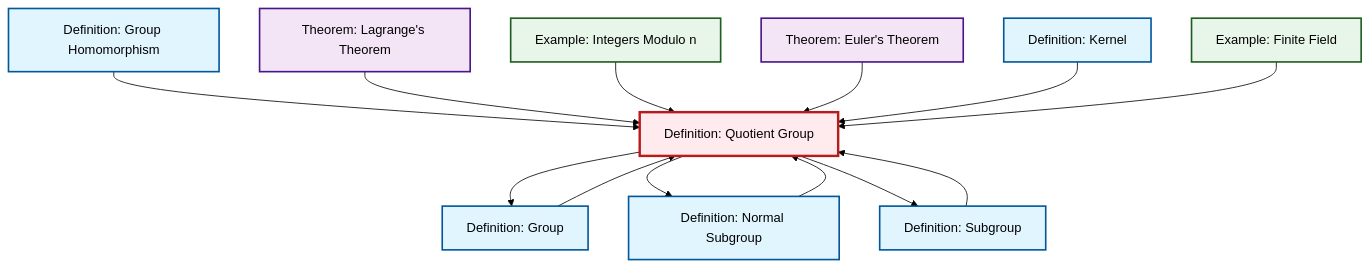
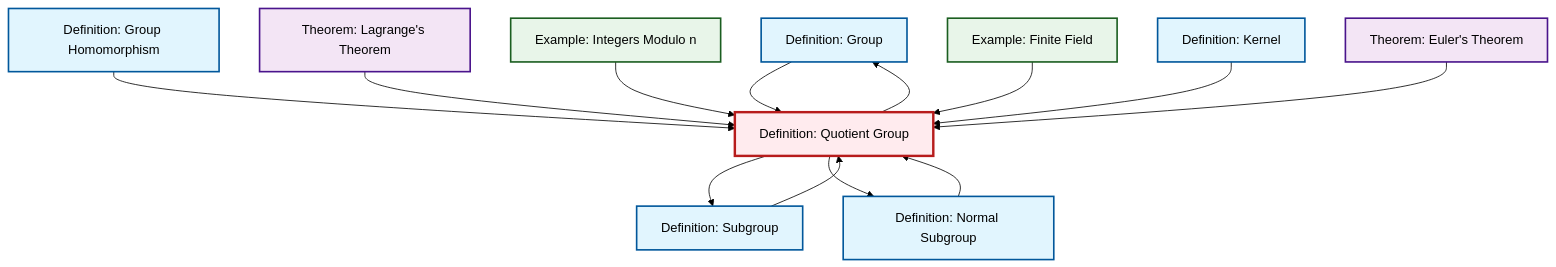
The diagram in output/mermaid/def-quotient-group.mermaid (RK0429/ModernMath), drawn with Mermaid (forest theme) before and after one commit. The commit also changed other lines of this file and 1174 other files, not shown here.

```diff
--- a/output/mermaid/def-quotient-group.mermaid
+++ b/output/mermaid/def-quotient-group.mermaid
@@ -1,30 +1,30 @@
 %%| fig-cap: "Local dependency graph"
 graph TD
     classDef definition fill:#e1f5fe,stroke:#01579b,stroke-width:2px
     classDef theorem fill:#f3e5f5,stroke:#4a148c,stroke-width:2px
     classDef axiom fill:#fff3e0,stroke:#e65100,stroke-width:2px
     classDef example fill:#e8f5e9,stroke:#1b5e20,stroke-width:2px
     classDef current fill:#ffebee,stroke:#b71c1c,stroke-width:3px
+    def-group["Definition: Group"]:::definition
+    ex-quotient-integers-mod-n["Example: Integers Modulo n"]:::example
     def-kernel["Definition: Kernel"]:::definition
+    def-normal-subgroup["Definition: Normal Subgroup"]:::definition
+    def-quotient-group["Definition: Quotient Group"]:::definition
+    thm-euler["Theorem: Euler's Theorem"]:::theorem
     def-homomorphism["Definition: Group Homomorphism"]:::definition
-    def-normal-subgroup["Definition: Normal Subgroup"]:::definition
+    thm-lagrange["Theorem: Lagrange's Theorem"]:::theorem
     ex-finite-field["Example: Finite Field"]:::example
-    thm-euler["Theorem: Euler's Theorem"]:::theorem
-    ex-quotient-integers-mod-n["Example: Integers Modulo n"]:::example
     def-subgroup["Definition: Subgroup"]:::definition
-    thm-lagrange["Theorem: Lagrange's Theorem"]:::theorem
-    def-quotient-group["Definition: Quotient Group"]:::definition
-    def-group["Definition: Group"]:::definition
-    def-normal-subgroup --> def-quotient-group
+    def-homomorphism --> def-quotient-group
+    def-quotient-group --> def-subgroup
     def-quotient-group --> def-group
-    def-homomorphism --> def-quotient-group
+    def-group --> def-quotient-group
     thm-lagrange --> def-quotient-group
-    def-group --> def-quotient-group
     def-subgroup --> def-quotient-group
     ex-quotient-integers-mod-n --> def-quotient-group
-    thm-euler --> def-quotient-group
+    ex-finite-field --> def-quotient-group
+    def-normal-subgroup --> def-quotient-group
     def-quotient-group --> def-normal-subgroup
     def-kernel --> def-quotient-group
-    ex-finite-field --> def-quotient-group
-    def-quotient-group --> def-subgroup
+    thm-euler --> def-quotient-group
     class def-quotient-group current
```
